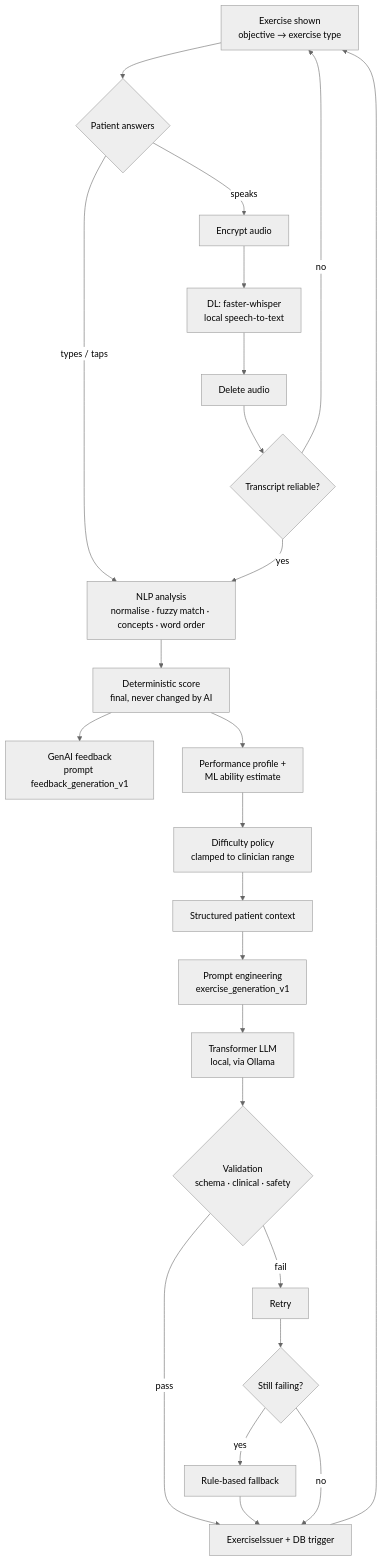
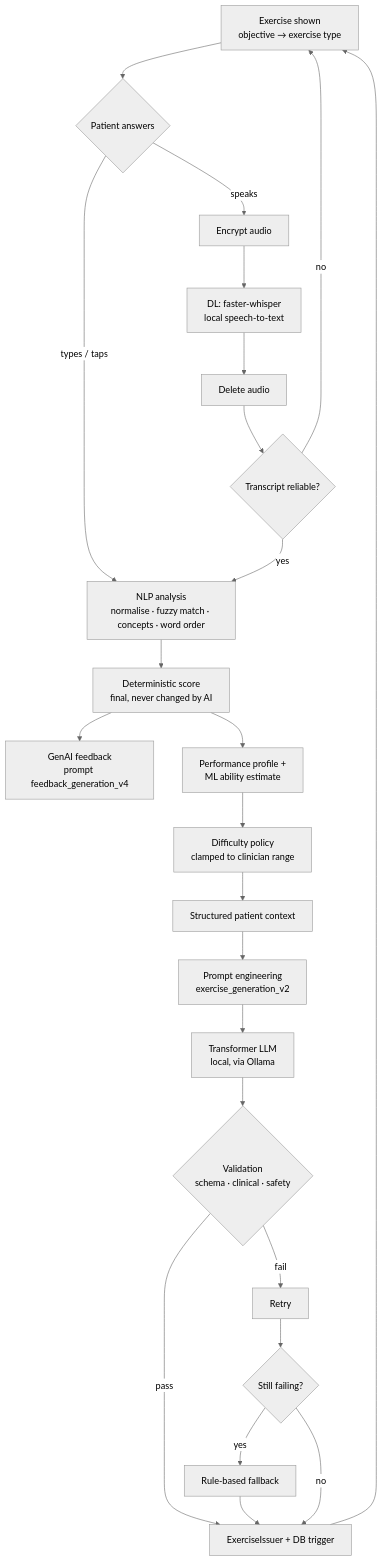
Before and after one commit to tzar-beep/RehabMind: the second of 3 diagrams in README.md, drawn with Mermaid (neutral theme). The commit also changed other lines of this file and 17 other files, not shown here.

First line of the commit message:
Prompt engineering, measured: exercise prompt v2 and feedback prompt v4

````diff
--- a/README.md
+++ b/README.md
@@ -148,22 +148,22 @@
 ```mermaid
 flowchart TD
     E[Exercise shown<br/>objective → exercise type] --> R{Patient answers}
     R -- types / taps --> NLP[NLP analysis<br/>normalise · fuzzy match · concepts · word order]
     R -- speaks --> ENC[Encrypt audio] --> STT[DL: faster-whisper<br/>local speech-to-text] --> DEL[Delete audio]
     DEL --> REL{Transcript reliable?}
     REL -- no --> E
     REL -- yes --> NLP
     NLP --> SC[Deterministic score<br/>final, never changed by AI]
-    SC --> FBK[GenAI feedback<br/>prompt feedback_generation_v1]
+    SC --> FBK[GenAI feedback<br/>prompt feedback_generation_v4]
     SC --> PERF[Performance profile +<br/>ML ability estimate]
     PERF --> POL[Difficulty policy<br/>clamped to clinician range]
     POL --> CTX[Structured patient context]
-    CTX --> PR[Prompt engineering<br/>exercise_generation_v1]
+    CTX --> PR[Prompt engineering<br/>exercise_generation_v2]
     PR --> LLM[Transformer LLM<br/>local, via Ollama]
     LLM --> V{Validation<br/>schema · clinical · safety}
     V -- pass --> ISS[ExerciseIssuer + DB trigger]
     V -- fail --> RT[Retry] --> V2{Still failing?}
     V2 -- yes --> FB[Rule-based fallback] --> ISS
     V2 -- no --> ISS
     ISS --> E
 ```
````
